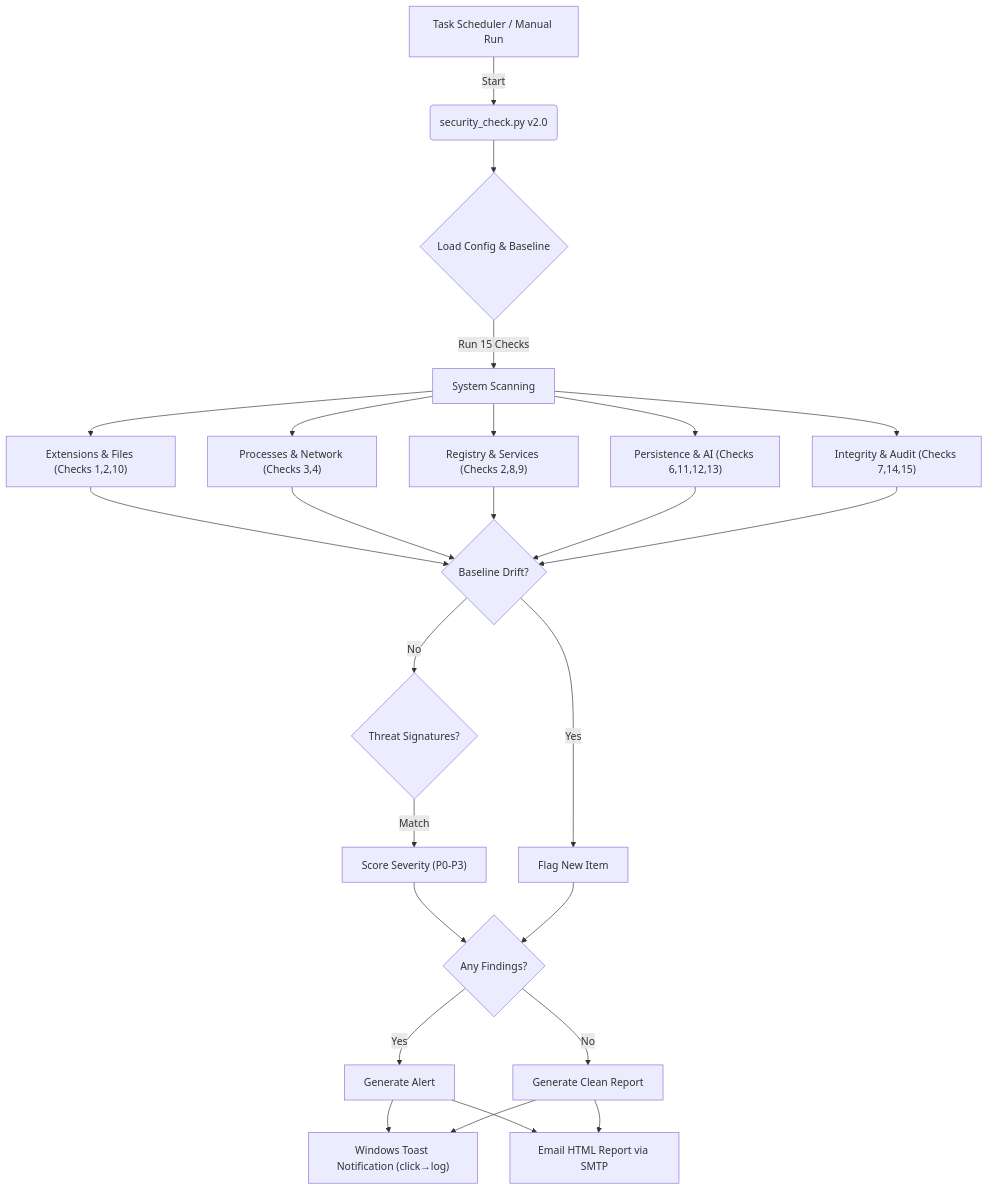
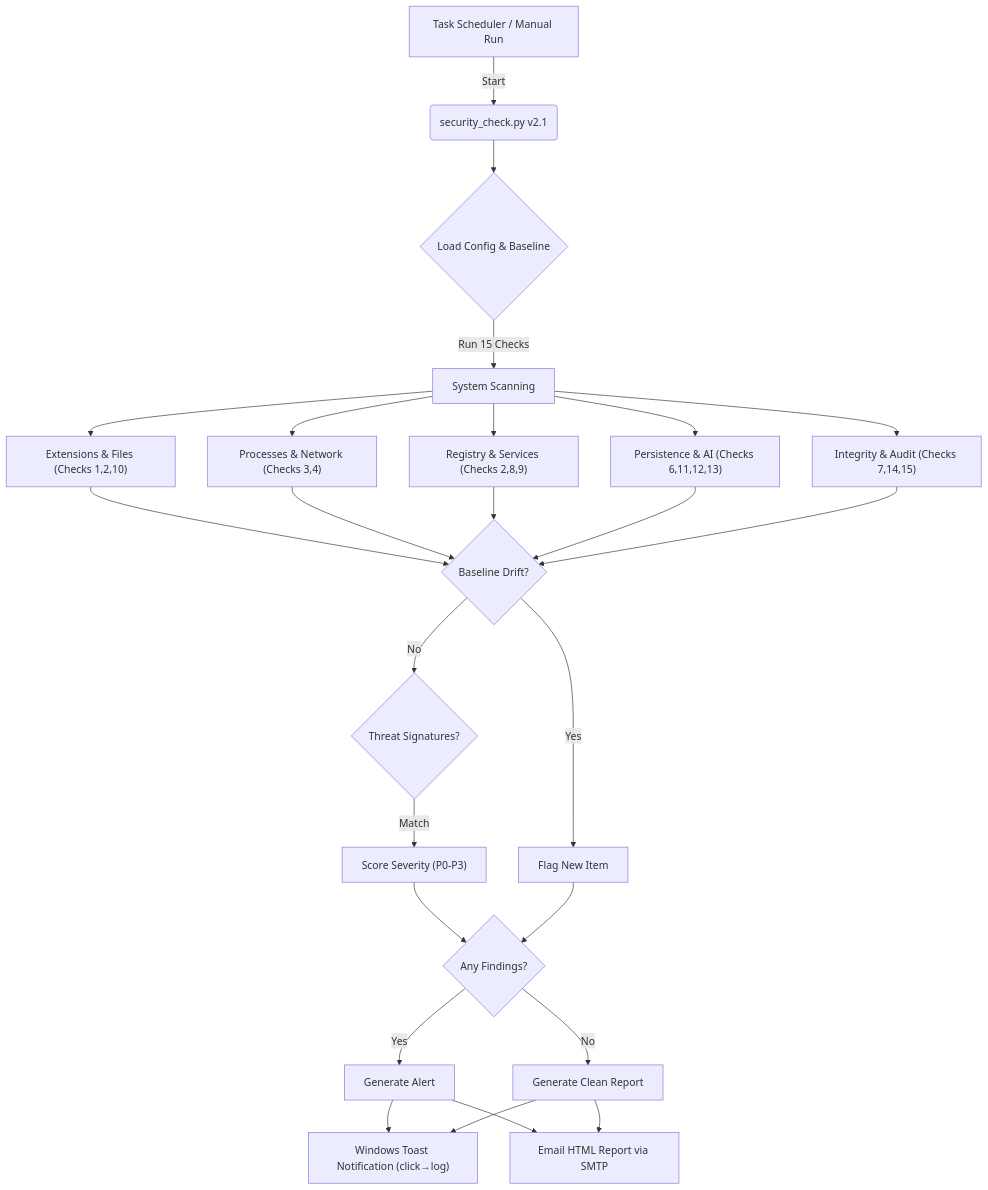
One commit to Amitro123/security_monitor changed the diagram in README.md. Above: the diagram before and after it, drawn with Mermaid. The commit also changed other lines of this file, not shown here.

````diff
--- a/README.md
+++ b/README.md
@@ -10,26 +68,26 @@
 ```mermaid
 graph TD
-    A["Task Scheduler / Manual Run"] -->|Start| B("security_check.py v2.0")
+    A["Task Scheduler / Manual Run"] -->|Start| B("security_check.py v2.1")
     B --> C{Load Config & Baseline}
     
     C -->|Run 15 Checks| D[System Scanning]
     D --> E["Extensions & Files (Checks 1,2,10)"]
     D --> F["Processes & Network (Checks 3,4)"]
     D --> G["Registry & Services (Checks 2,8,9)"]
     D --> H["Persistence & AI (Checks 6,11,12,13)"]
     D --> I["Integrity & Audit (Checks 7,14,15)"]
     
     E & F & G & H & I --> J{Baseline Drift?}
     J -->|Yes| K[Flag New Item]
     J -->|No| L{Threat Signatures?}
     L -->|Match| M["Score Severity (P0-P3)"]
     
     M & K --> N{Any Findings?}
     N -->|Yes| O[Generate Alert]
     N -->|No| P[Generate Clean Report]
     
     O --> Q["Windows Toast Notification (click→log)"]
     O --> R[Email HTML Report via SMTP]
     P --> Q
     P --> R
 ```
````
